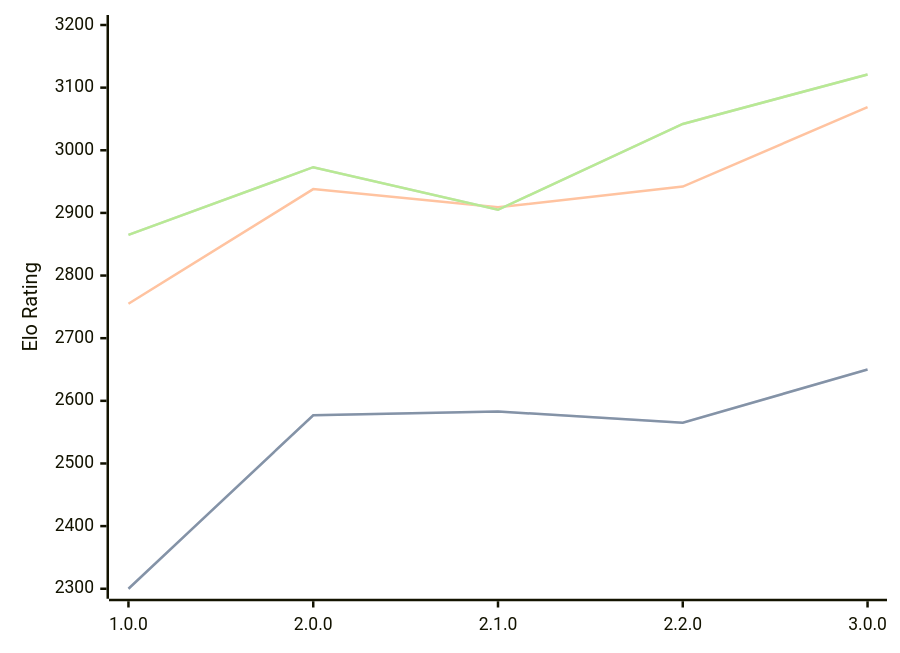
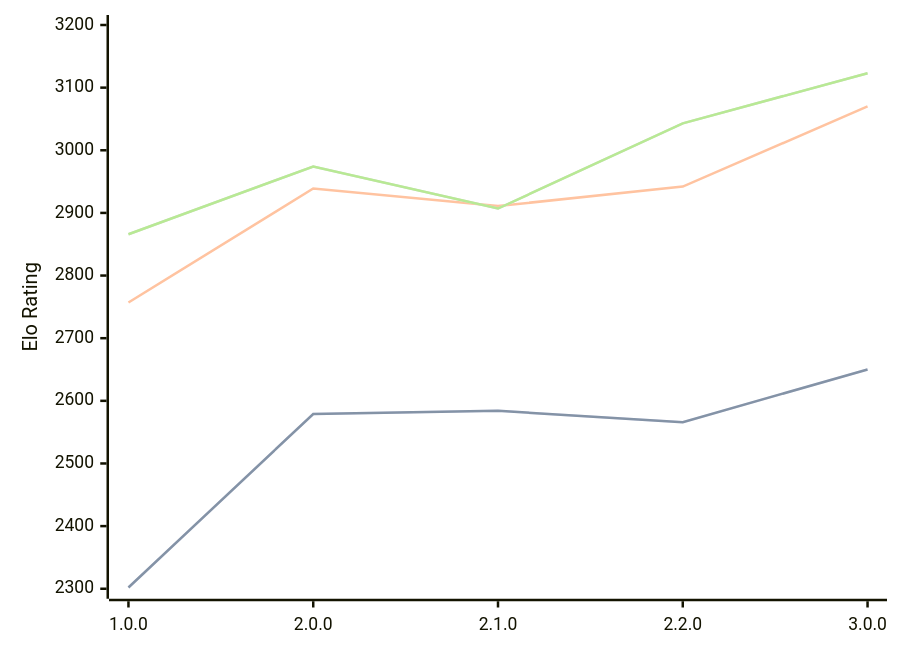
One commit to computer-chess-index/cci changed the diagram in engines/Catalyst.md. Above: the diagram before and after it, drawn with Mermaid. The commit also changed other lines of this file, not shown here.

Commit message:
Update CCI Ratings (ELO VLTC) - 2026-07-24

````diff
--- a/engines/Catalyst.md
+++ b/engines/Catalyst.md
@@ -36,11 +36,11 @@
 ```mermaid
 %%{init: {"theme":"base","themeVariables":{"seriesColors:['#a3a3a3','#222221','#faa371']}}}%%
 xychart-beta
   x-axis ["1.0.0", "2.0.0", "2.1.0", "2.2.0", "3.0.0"]
   y-axis "Elo Rating" 2300 --> 3200
-  line "STC (8.0+0.08s)" [2300, 2577, 2583, 2565, 2650]
-  line "STC (8.0+0.08s)" [2300, 2577, 2583, 2565, 2650]
-  line "LTC (60.0+0.60s)" [2755, 2938, 2909, 2942, 3069]
-  line "VLTC (2m24s+1.12s)" [2865, 2973, 2905, 3042, 3121]
-  line "VLTC (2m24s+1.12s)" [2865, 2973, 2905, 3042, 3121]
+  line "STC (8.0+0.08s)" [2302, 2579, 2584, 2566, 2650]
+  line "STC (8.0+0.08s)" [2302, 2579, 2584, 2566, 2650]
+  line "LTC (60.0+0.60s)" [2757, 2939, 2911, 2942, 3070]
+  line "VLTC (2m24s+1.12s)" [2866, 2974, 2907, 3043, 3123]
+  line "VLTC (2m24s+1.12s)" [2866, 2974, 2907, 3043, 3123]
 ```
````
